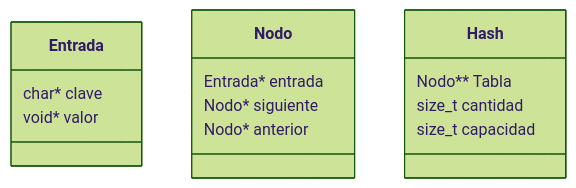
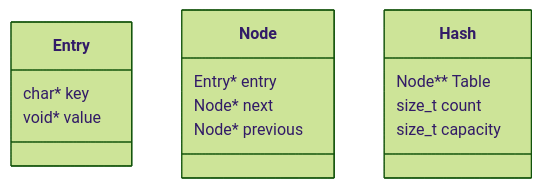
One commit to StevenMolina22/adt_c changed the fifth of 8 diagrams in readME.md. Above: the diagram before and after it, drawn with Mermaid (forest theme). The commit also changed other lines of this file, not shown here.

````diff
--- a/readME.md
+++ b/readME.md
@@ -462,17 +459,17 @@
 ```mermaid
 classDiagram
-	class Entrada {
-		char* clave
-		void* valor
+	class Entry {
+		char* key
+		void* value
 	}
-	class Nodo {
-		Entrada* entrada
-		Nodo* siguiente
-		Nodo* anterior
+	class Node {
+		Entry* entry
+		Node* next
+		Node* previous
 	}
 	class Hash {
-		Nodo** Tabla
-		size_t cantidad
-		size_t capacidad
+		Node** Table
+		size_t count
+		size_t capacity
 	}
 ```
````
